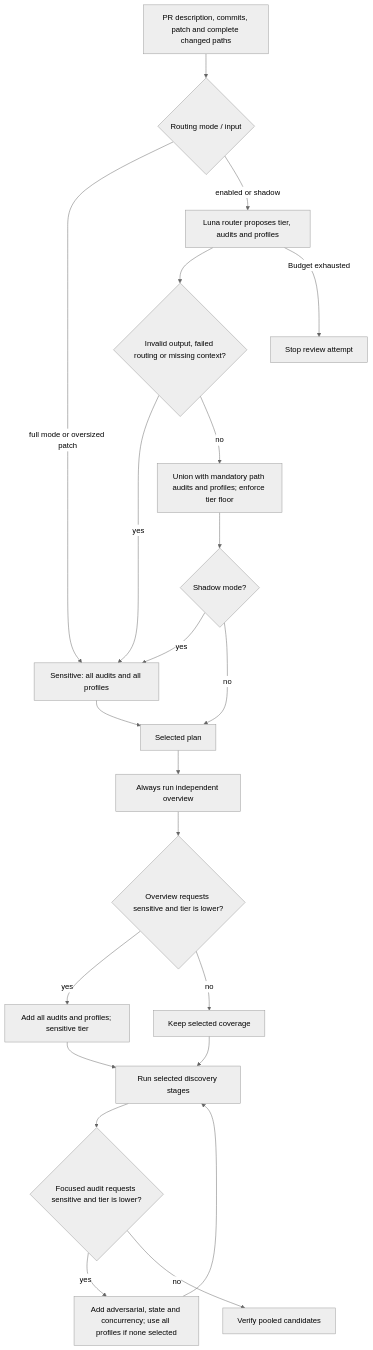
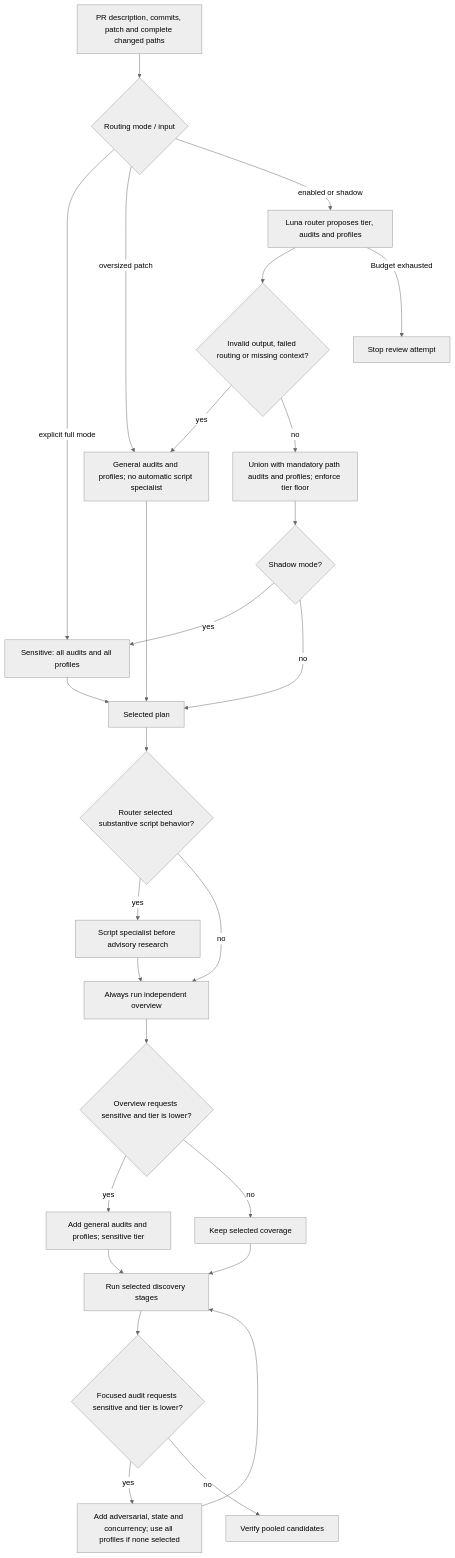
Before and after one commit to willcl-ark/nix: the second of 4 diagrams in pkgs/ralph/README.md, drawn with Mermaid (neutral theme). The commit also changed other lines of this file and 15 other files, not shown here.

````diff
--- a/pkgs/ralph/README.md
+++ b/pkgs/ralph/README.md
@@ -53,24 +53,29 @@
 ```mermaid
 flowchart TD
     input["PR description, commits, patch and complete changed paths"] --> mode{"Routing mode / input"}
-    mode -->|"full mode or oversized patch"| full["Sensitive: all audits and all profiles"]
+    mode -->|"explicit full mode"| full["Sensitive: all audits and all profiles"]
+    mode -->|"oversized patch"| general["General audits and profiles; no automatic script specialist"]
     mode -->|"enabled or shadow"| router["Luna router proposes tier, audits and profiles"]
     router --> uncertain{"Invalid output, failed routing or missing context?"}
-    uncertain -->|yes| full
+    uncertain -->|yes| general
     uncertain -->|no| rules["Union with mandatory path audits and profiles; enforce tier floor"]
     rules --> shadow{"Shadow mode?"}
     shadow -->|yes| full
     shadow -->|no| plan["Selected plan"]
     full --> plan
-    plan --> overview["Always run independent overview"]
+    general --> plan
+    plan --> script{"Router selected substantive script behavior?"}
+    script -->|yes| expert["Script specialist before advisory research"]
+    script -->|no| overview["Always run independent overview"]
+    expert --> overview
     overview --> escalate{"Overview requests sensitive and tier is lower?"}
-    escalate -->|yes| all["Add all audits and profiles; sensitive tier"]
+    escalate -->|yes| all["Add general audits and profiles; sensitive tier"]
     escalate -->|no| selected["Keep selected coverage"]
     all --> stages["Run selected discovery stages"]
     selected --> stages
     stages --> later{"Focused audit requests sensitive and tier is lower?"}
     later -->|yes| more["Add adversarial, state and concurrency; use all profiles if none selected"]
     more --> stages
     later -->|no| verify["Verify pooled candidates"]
     router -->|"Budget exhausted"| stop["Stop review attempt"]
 ```
````
